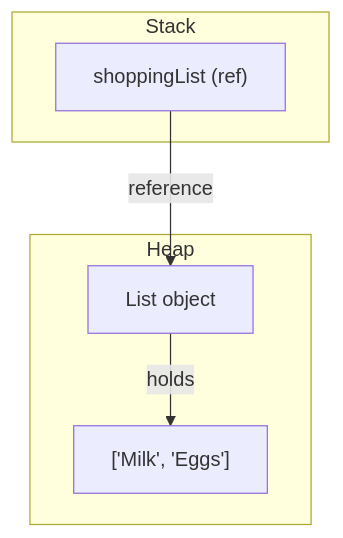
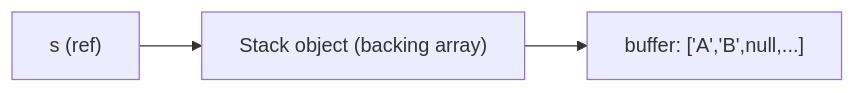
The fifth of 8 diagrams in 19_arrays/README.md (BasharAlwarad/Software_Engineering_course), drawn with Mermaid before and after one commit. The commit also changed other lines of this file and 44 other files, not shown here.

````diff
--- a/19_arrays/README.md
+++ b/19_arrays/README.md
@@ -124,12 +363,5 @@
 ```mermaid
-flowchart TD
-    subgraph Stack
-        L1["shoppingList (ref)"]
-    end
-    subgraph Heap
-        L2["List object"]
-        L3["['Milk', 'Eggs']"]
-    end
-    L1 -- reference --> L2
-    L2 -- holds --> L3
+graph LR
+	sref["s (ref)"] --> sobj["Stack object (backing array)"]
+	sobj --> buf["buffer: ['A','B',null,...]"]
 ```
````
